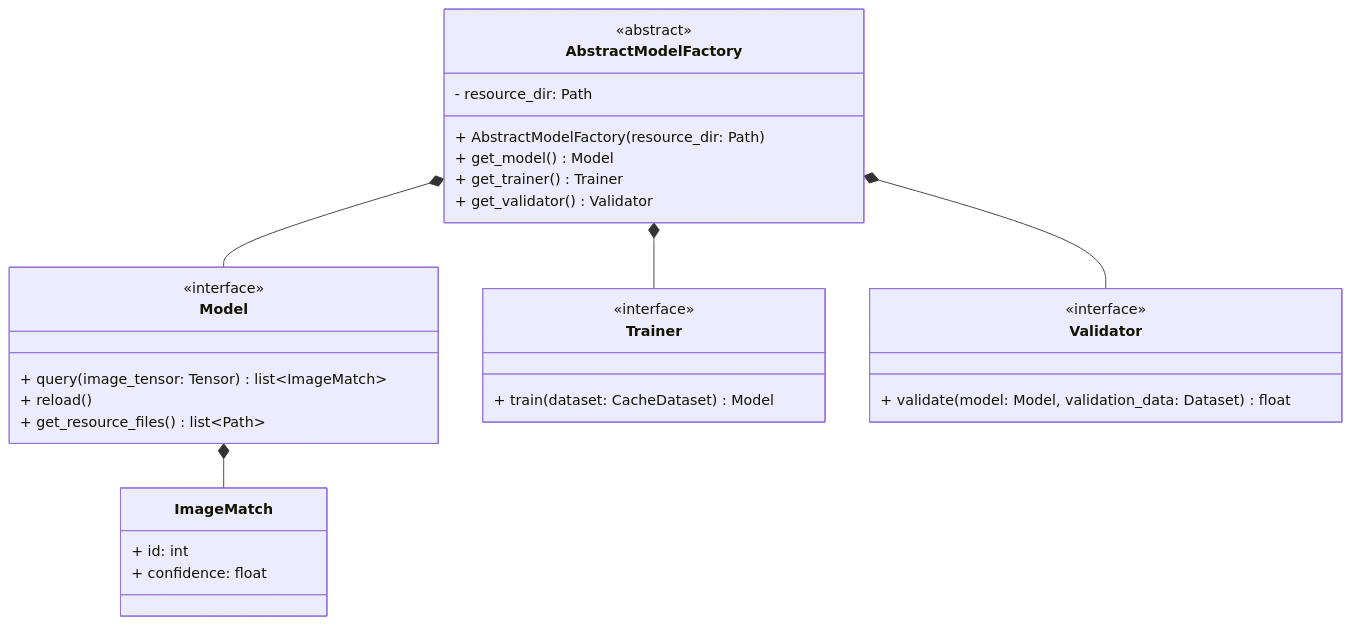
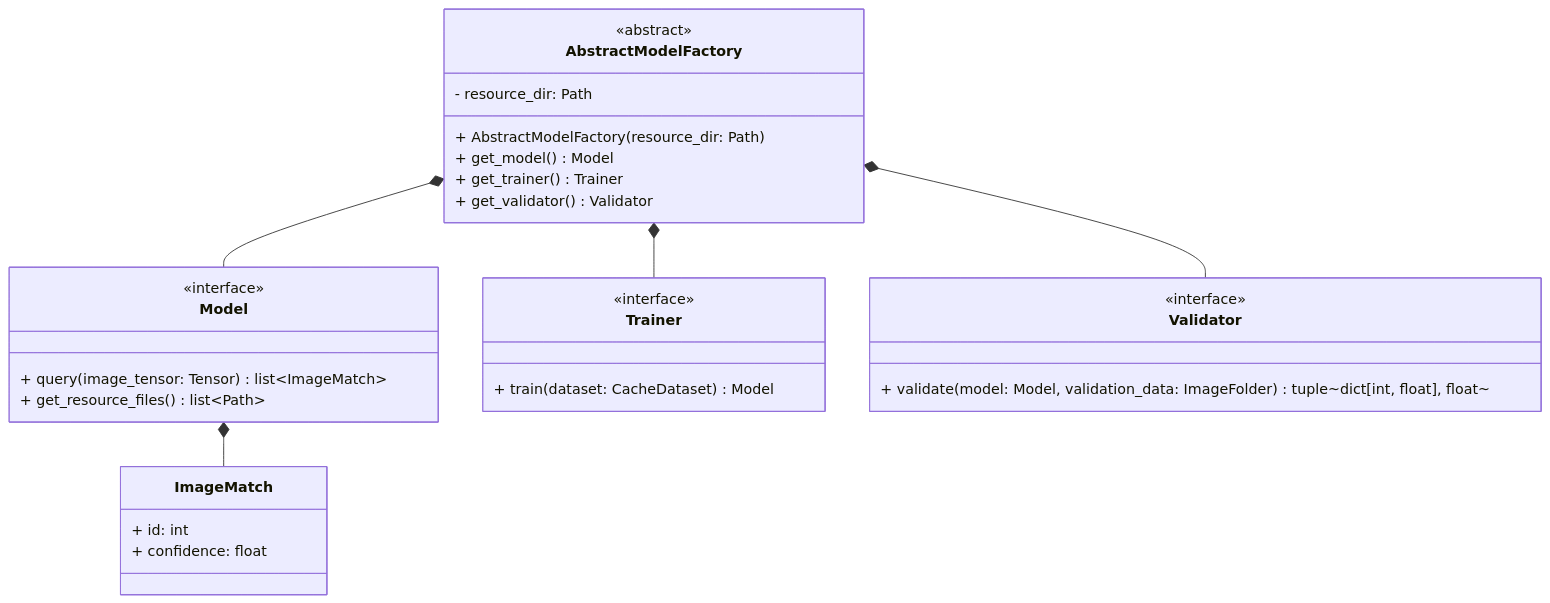
The fifth of 7 diagrams in docs/UML.md (andyblarblar/transferware.ai), drawn with Mermaid before and after one commit. The commit also changed other lines of this file and 10 other files, not shown here.

````diff
--- a/docs/UML.md
+++ b/docs/UML.md
@@ -116,38 +116,37 @@
 ```mermaid
 classDiagram
     class ImageMatch {
         + id: int
         + confidence: float
     }
     
     class Model {
         <<interface>>
         + query(image_tensor: Tensor) list~ImageMatch~
-        + reload()
         + get_resource_files() list~Path~
     }
     
     class Trainer {
         <<interface>>
         + train(dataset: CacheDataset) Model
     }
     
     class Validator {
         <<interface>>
-        + validate(model: Model, validation_data: Dataset) float
+        + validate(model: Model, validation_data: ImageFolder) tuple~dict[int, float], float~
     }
     
     class AbstractModelFactory {
         <<abstract>>
         - resource_dir: Path
         + AbstractModelFactory(resource_dir: Path)
         + get_model() Model
         + get_trainer() Trainer
         + get_validator() Validator
     }
     
     Model *-- ImageMatch
     AbstractModelFactory *-- Model
     AbstractModelFactory *-- Trainer
     AbstractModelFactory *-- Validator
 ```
````
